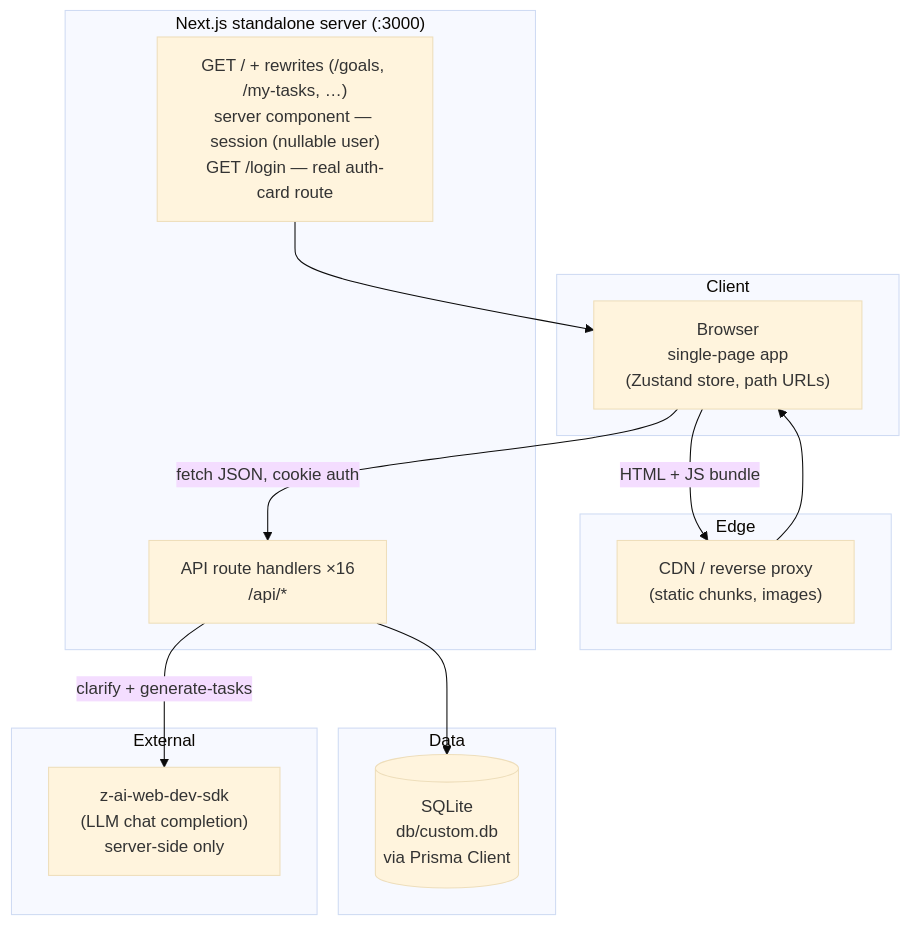
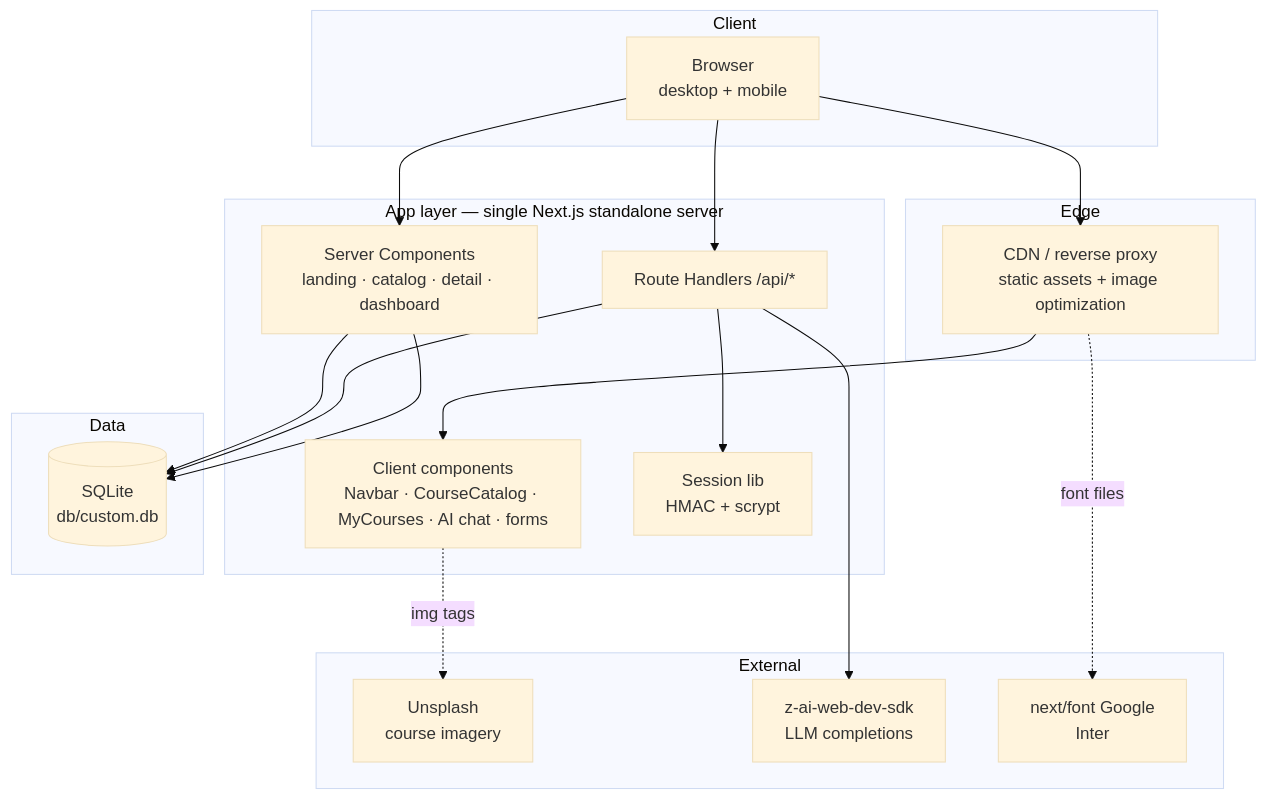
One commit to nordeim/nexuslearn-template changed the first of 2 diagrams in Project_Architecture_Document.md. Above: the diagram before and after it, drawn with Mermaid (base theme). The commit also changed other lines of this file and 77 other files, not shown here.

````diff
--- a/Project_Architecture_Document.md
+++ b/Project_Architecture_Document.md
@@ -288,25 +125,31 @@
 ```mermaid
 flowchart TB
     subgraph Client
-        B["Browser<br/>single-page app<br/>(Zustand store, path URLs)"]
+        B[Browser<br/>desktop + mobile]
     end
     subgraph Edge
-        C["CDN / reverse proxy<br/>(static chunks, images)"]
+        CDN[CDN / reverse proxy<br/>static assets + image optimization]
     end
-    subgraph App["Next.js standalone server (:3000)"]
-        P["GET / + rewrites (/goals, /my-tasks, …)<br/>server component — session (nullable user)<br/>GET /login — real auth-card route"]
-        A["API route handlers ×16<br/>/api/*"]
+    subgraph App["App layer — single Next.js standalone server"]
+        NAVC[Client components<br/>Navbar · CourseCatalog · MyCourses · AI chat · forms]
+        RSC[Server Components<br/>landing · catalog · detail · dashboard]
+        API[Route Handlers /api/*]
+        AUTH[Session lib<br/>HMAC + scrypt]
     end
     subgraph Data
-        D[("SQLite<br/>db/custom.db<br/>via Prisma Client")]
+        DB[(SQLite<br/>db/custom.db)]
     end
     subgraph External
-        Z["z-ai-web-dev-sdk<br/>(LLM chat completion)<br/>server-side only"]
+        UNS[Unsplash<br/>course imagery]
+        ZAI[z-ai-web-dev-sdk<br/>LLM completions]
+        GF[next/font Google<br/>Inter]
     end
-    B -->|"HTML + JS bundle"| C
-    B -->|"fetch JSON, cookie auth"| A
-    C --> B
-    P --> B
-    A --> D
-    A -->|"clarify + generate-tasks"| Z
+    B --> CDN --> NAVC
+    B --> RSC --> DB
+    B --> API --> DB
+    API --> AUTH
+    API --> ZAI
+    RSC --> DB
+    NAVC -.->|img tags| UNS
+    CDN -.->|font files| GF
 ```
````
